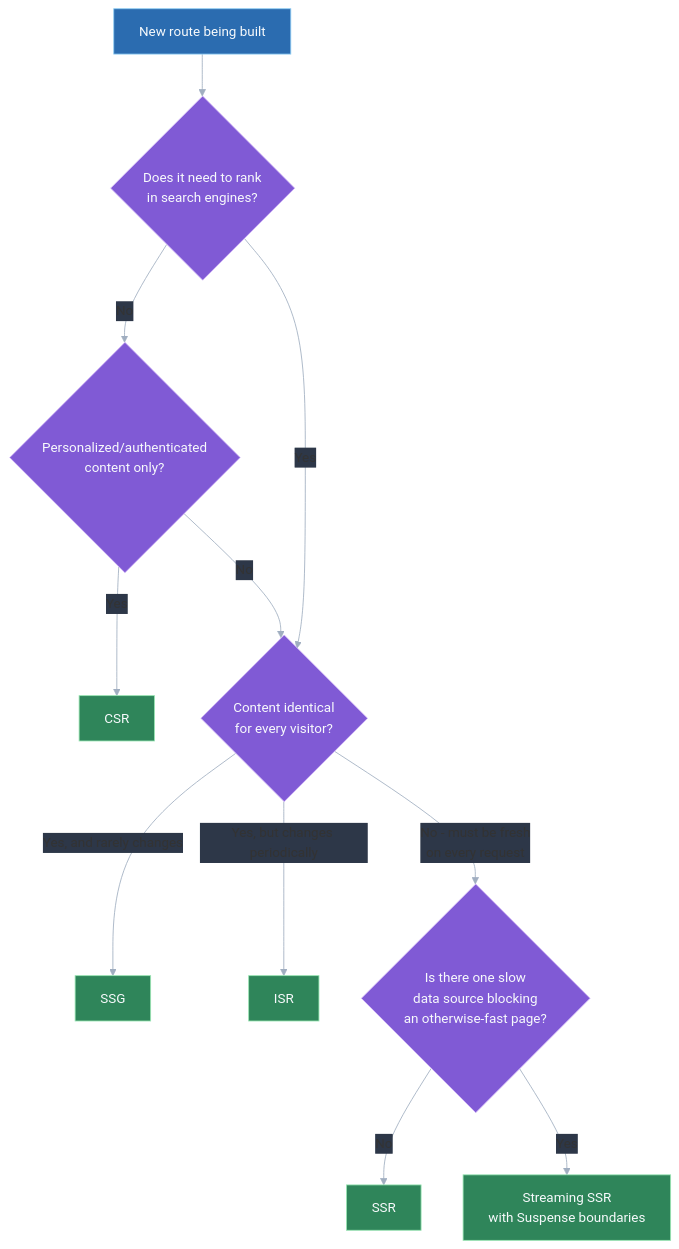
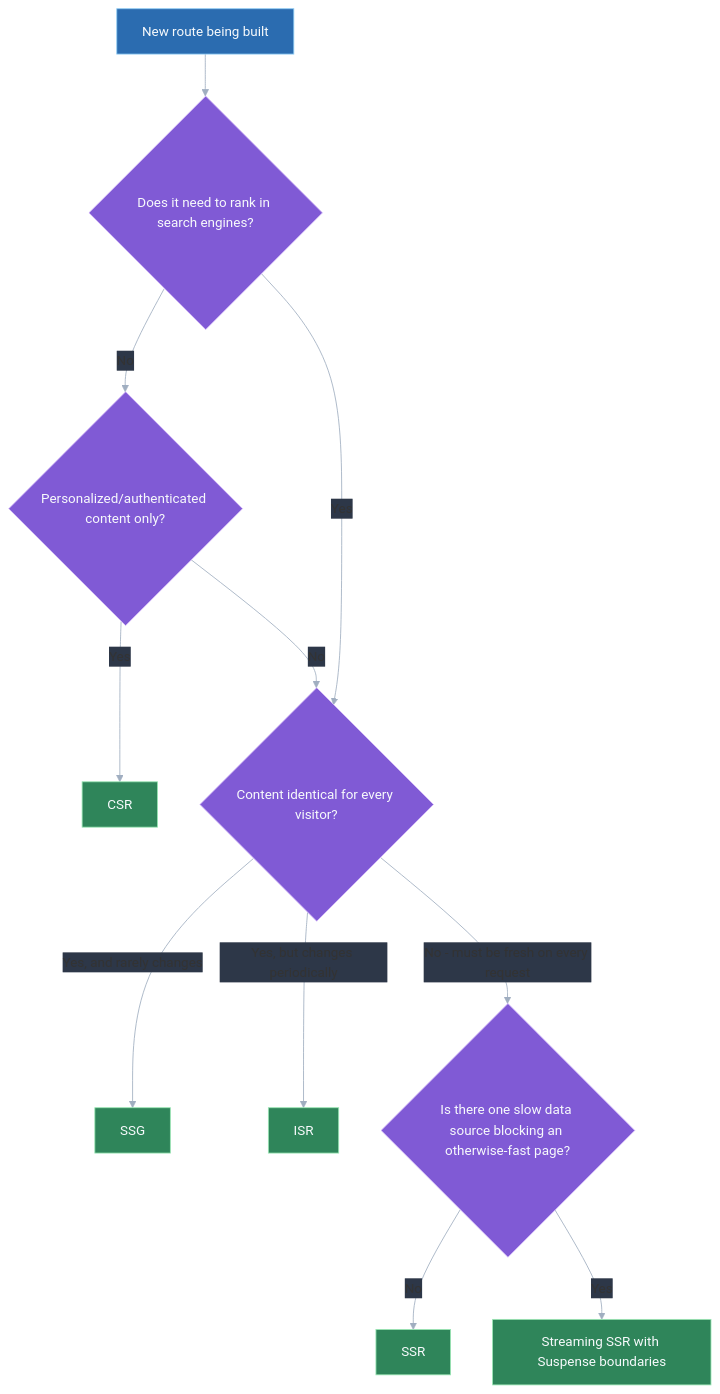
Before and after one commit to vinayakhumberi/litmus: the first of 2 diagrams in data/topics/advanced-rendering-strategies.md, drawn with Mermaid. The commit also changed other lines of this file and 68 other files, not shown here.

````diff
--- a/data/topics/advanced-rendering-strategies.md
+++ b/data/topics/advanced-rendering-strategies.md
@@ -107,22 +107,22 @@
 ```mermaid
 %%{init: {"theme": "base", "themeVariables": {"lineColor": "#a0aec0", "edgeLabelBackground": "#2d3748", "textColor": "#f7fafc"}}}%%
 graph TD
-    A["New route being built"] --> B{"Does it need to rank<br>in search engines?"}
-    B -- "No" --> C{"Personalized/authenticated<br>content only?"}
+    A["New route being built"] --> B{"Does it need to rank in search engines?"}
+    B -- "No" --> C{"Personalized/authenticated content only?"}
     C -- "Yes" --> D["CSR"]
-    C -- "No" --> E{"Content identical<br>for every visitor?"}
+    C -- "No" --> E{"Content identical for every visitor?"}
     B -- "Yes" --> E
     E -- "Yes, and rarely changes" --> F["SSG"]
     E -- "Yes, but changes periodically" --> G["ISR"]
-    E -- "No - must be fresh<br>on every request" --> H{"Is there one slow<br>data source blocking<br>an otherwise-fast page?"}
+    E -- "No - must be fresh on every request" --> H{"Is there one slow data source blocking an otherwise-fast page?"}
     H -- "No" --> I["SSR"]
-    H -- "Yes" --> J["Streaming SSR<br>with Suspense boundaries"]
+    H -- "Yes" --> J["Streaming SSR with Suspense boundaries"]
 
     classDef stage fill:#2b6cb0,stroke:#90cdf4,color:#f7fafc
     classDef decision fill:#805ad5,stroke:#d6bcfa,color:#f7fafc
     classDef done fill:#2f855a,stroke:#9ae6b4,color:#f7fafc
 
     class A stage
     class B,C,E,H decision
     class D,F,G,I,J done
 ```
````
